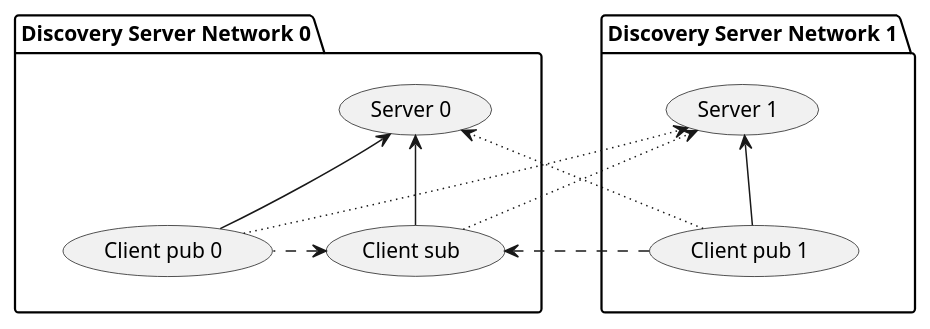
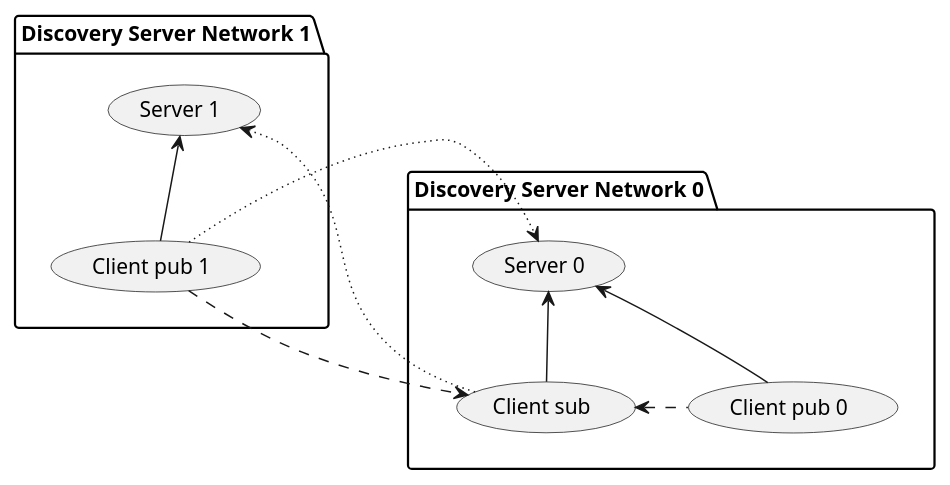
The second of 2 diagrams in docs/rst/tutorials/core/deployment/ds_locators_runtime/ds_locators_runtime.rst (eProsima/vulcanexus), drawn with PlantUML before and after one commit. The commit also changed other lines of this file and 3 other files, not shown here.

```diff
--- a/docs/rst/tutorials/core/deployment/ds_locators_runtime/ds_locators_runtime.rst
+++ b/docs/rst/tutorials/core/deployment/ds_locators_runtime/ds_locators_runtime.rst
@@ -345,28 +344,27 @@
 .. uml::
     :align: center
 
     hide empty members
 
     package "Discovery Server Network 0" as de0{
         (Server 0) as s0
         (Client pub 0) as p0
         (Client sub) as s
         s <-[dashed]right- p0
         s0 <-down- s
         s0 <-down- p0
         p0 -[hidden]left- s0
     }
 
     package "Discovery Server Network 1" as de1{
         (Server 1) as s1
         (Client pub 1) as p1
         p1 -up-> s1
     }
 
     de1 -[hidden]right- de0
     s1 -[hidden]right- s0
     p1 -[hidden]right- p0
-    p0 -[dotted]-> s1
     s -[dotted]-> s1
     p1 -[dotted]-> s0
     p1 -[dashed]-> s
```
